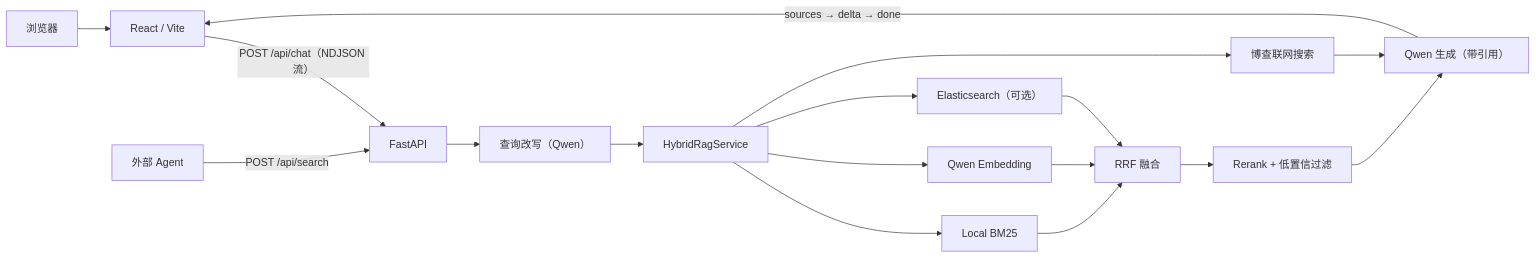
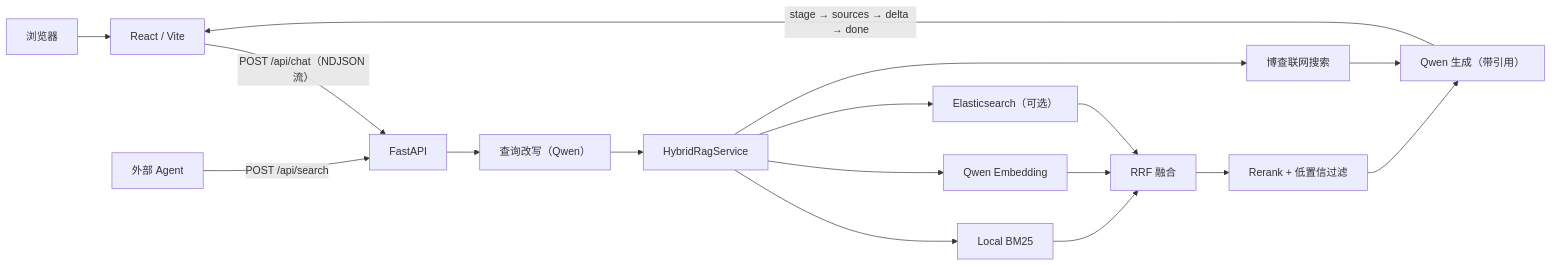
The diagram in README.md (crake7even/claimwise), drawn with Mermaid before and after one commit. The commit also changed other lines of this file and 24 other files, not shown here.

````diff
--- a/README.md
+++ b/README.md
@@ -28,19 +28,19 @@
 ```mermaid
 flowchart LR
     U["浏览器"] --> F["React / Vite"]
     F -->|"POST /api/chat（NDJSON 流）"| A["FastAPI"]
     G["外部 Agent"] -->|"POST /api/search"| A
     A --> W["查询改写（Qwen）"]
     W --> H["HybridRagService"]
     H --> B["Local BM25"]
     H --> Q["Qwen Embedding"]
     H --> E["Elasticsearch（可选）"]
     B --> R["RRF 融合"]
     Q --> R
     E --> R
     R --> K["Rerank + 低置信过滤"]
     H --> T["博查联网搜索"]
     K --> L["Qwen 生成（带引用）"]
     T --> L
-    L -->|"sources → delta → done"| F
+    L -->|"stage → sources → delta → done"| F
 ```
````
